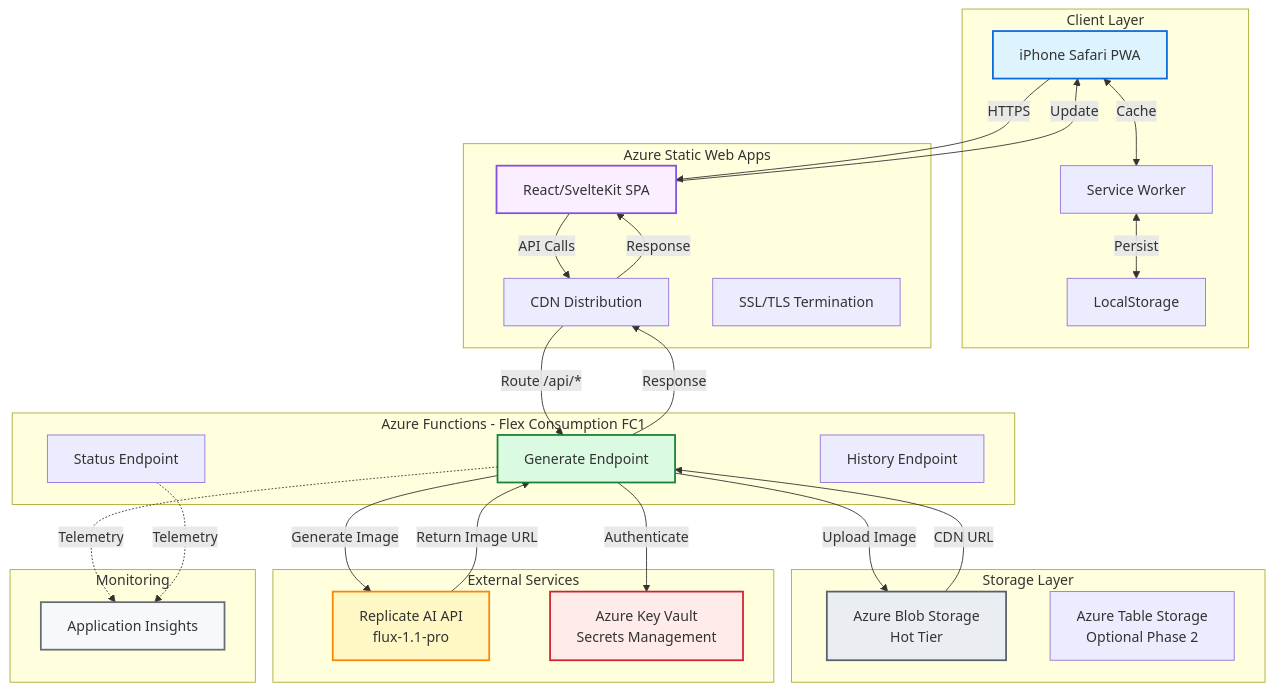
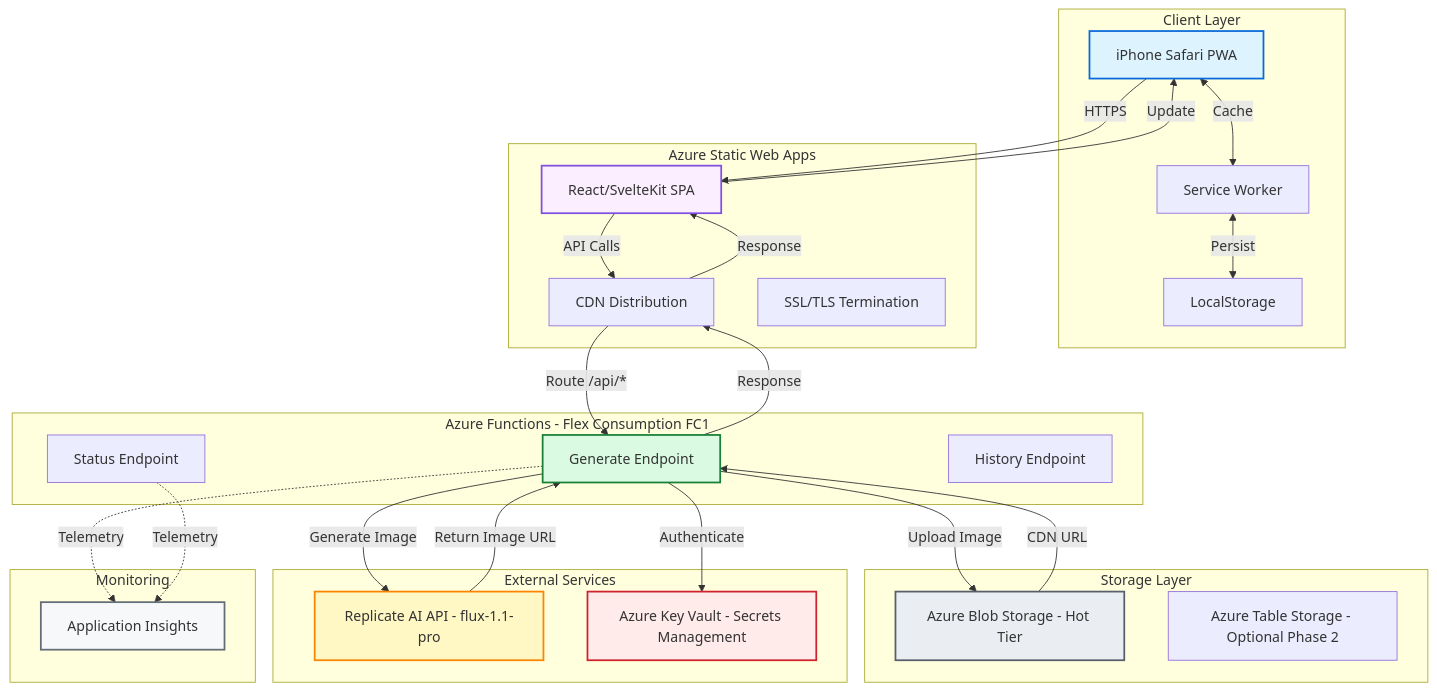
Before and after one commit to fabioc-aloha/ai-wallpaper-generator: the first of 5 diagrams in ARCHITECTURE.md, drawn with Mermaid. The commit also changed other lines of this file, not shown here.

Commit message:
Fix Mermaid syntax: remove HTML <br/> tags from labels

````diff
--- a/ARCHITECTURE.md
+++ b/ARCHITECTURE.md
@@ -42,58 +42,58 @@
 ```mermaid
 graph TB
     subgraph "Client Layer"
         A[iPhone Safari PWA]
         B[Service Worker]
         C[LocalStorage]
     end
 
     subgraph "Azure Static Web Apps"
         D[React/SvelteKit SPA]
         E[CDN Distribution]
         F[SSL/TLS Termination]
     end
 
     subgraph "Azure Functions - Flex Consumption FC1"
         G[Generate Endpoint]
         H[Status Endpoint]
         I[History Endpoint]
     end
 
     subgraph "Storage Layer"
-        J[Azure Blob Storage<br/>Hot Tier]
-        K[Azure Table Storage<br/>Optional Phase 2]
+        J[Azure Blob Storage - Hot Tier]
+        K[Azure Table Storage - Optional Phase 2]
     end
 
     subgraph "External Services"
-        L[Replicate AI API<br/>flux-1.1-pro]
-        M[Azure Key Vault<br/>Secrets Management]
+        L[Replicate AI API - flux-1.1-pro]
+        M[Azure Key Vault - Secrets Management]
     end
 
     subgraph "Monitoring"
         N[Application Insights]
     end
 
     A -->|HTTPS| D
     A <-->|Cache| B
     B <-->|Persist| C
     D -->|API Calls| E
     E -->|Route /api/*| G
     G -->|Authenticate| M
     G -->|Generate Image| L
     L -->|Return Image URL| G
     G -->|Upload Image| J
     J -->|CDN URL| G
     G -->|Response| E
     E -->|Response| D
     D -->|Update| A
     G -.->|Telemetry| N
     H -.->|Telemetry| N
 
     style A fill:#ddf4ff,stroke:#0969DA,stroke-width:2px
     style D fill:#fbefff,stroke:#8250df,stroke-width:2px
     style G fill:#dafbe1,stroke:#1a7f37,stroke-width:2px
     style L fill:#fff8c5,stroke:#fb8500,stroke-width:2px
     style J fill:#eaeef2,stroke:#57606a,stroke-width:2px
     style M fill:#ffebe9,stroke:#cf222e,stroke-width:2px
     style N fill:#f6f8fa,stroke:#656d76,stroke-width:2px
 ```
````
